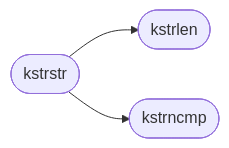
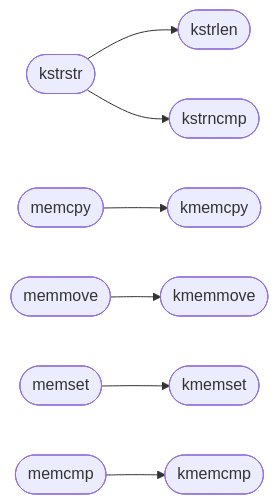
Before and after one commit to grisuno/miniOS: the diagram in readmenator-apidocs/modules/kernel.string.c.md, drawn with Mermaid. The commit also changed other lines of this file and 222 other files, not shown here.

````diff
--- a/readmenator-apidocs/modules/kernel.string.c.md
+++ b/readmenator-apidocs/modules/kernel.string.c.md
@@ -15,8 +16,20 @@
 ```mermaid
 flowchart LR
     n_kernel_string_c__kstrstr(["kstrstr"])
     n_kernel_string_c__kstrlen(["kstrlen"])
     n_kernel_string_c__kstrncmp(["kstrncmp"])
+    n_kernel_string_c__memcpy(["memcpy"])
+    n_kernel_string_c__kmemcpy(["kmemcpy"])
+    n_kernel_string_c__memmove(["memmove"])
+    n_kernel_string_c__kmemmove(["kmemmove"])
+    n_kernel_string_c__memset(["memset"])
+    n_kernel_string_c__kmemset(["kmemset"])
+    n_kernel_string_c__memcmp(["memcmp"])
+    n_kernel_string_c__kmemcmp(["kmemcmp"])
     n_kernel_string_c__kstrstr --> n_kernel_string_c__kstrlen
     n_kernel_string_c__kstrstr --> n_kernel_string_c__kstrncmp
+    n_kernel_string_c__memcpy --> n_kernel_string_c__kmemcpy
+    n_kernel_string_c__memmove --> n_kernel_string_c__kmemmove
+    n_kernel_string_c__memset --> n_kernel_string_c__kmemset
+    n_kernel_string_c__memcmp --> n_kernel_string_c__kmemcmp
 ```
````
